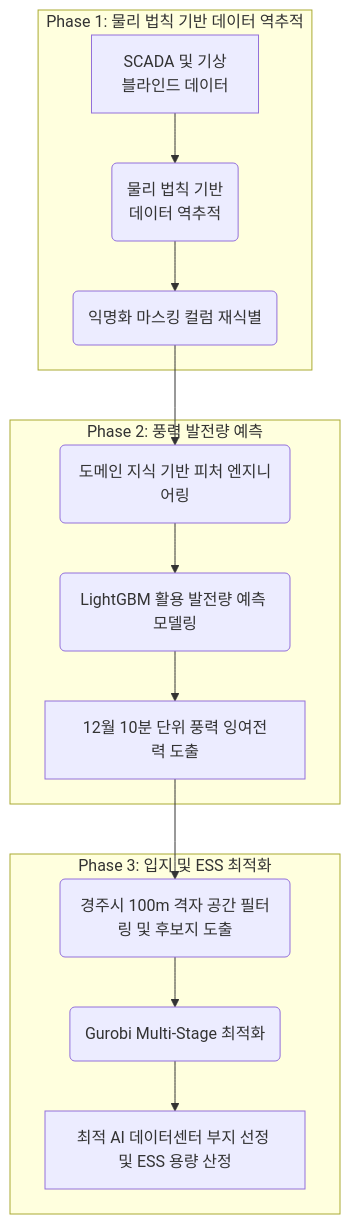
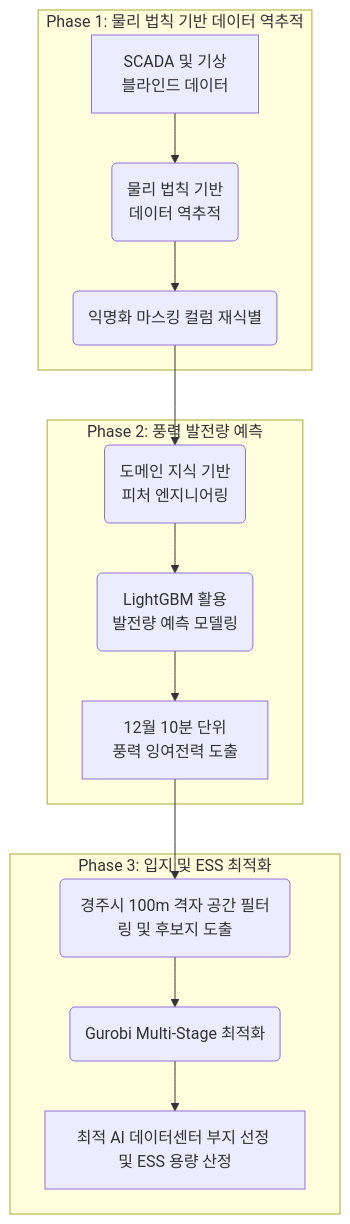
One commit to ParkMinhyoung/FIELD-CAMP-1st-Place changed the diagram in README.md. Above: the diagram before and after it, drawn with Mermaid.

````diff
--- a/README.md
+++ b/README.md
@@ -83,19 +83,19 @@
 ```mermaid
 flowchart TD
     subgraph Phase 1 [Phase 1: 물리 법칙 기반 데이터 역추적]
         A["SCADA 및 기상<br>블라인드 데이터"] --> B("물리 법칙 기반<br>데이터 역추적")
         B --> C(익명화 마스킹 컬럼 재식별)
     end
 
     subgraph Phase 2 [Phase 2: 풍력 발전량 예측]
-        C --> D(도메인 지식 기반 피처 엔지니어링)
-        D --> E(LightGBM 활용 발전량 예측 모델링)
-        E --> F[12월 10분 단위 풍력 잉여전력 도출]
+        C --> D("도메인 지식 기반<br>피처 엔지니어링")
+        D --> E("LightGBM 활용<br>발전량 예측 모델링")
+        E --> F["12월 10분 단위<br>풍력 잉여전력 도출"]
     end
 
     subgraph Phase 3 [Phase 3: 입지 및 ESS 최적화]
         F --> G(경주시 100m 격자 공간 필터링 및 후보지 도출)
         G --> H(Gurobi Multi-Stage 최적화)
         H --> I[최적 AI 데이터센터 부지 선정 및 ESS 용량 산정]
     end
 ```
````
